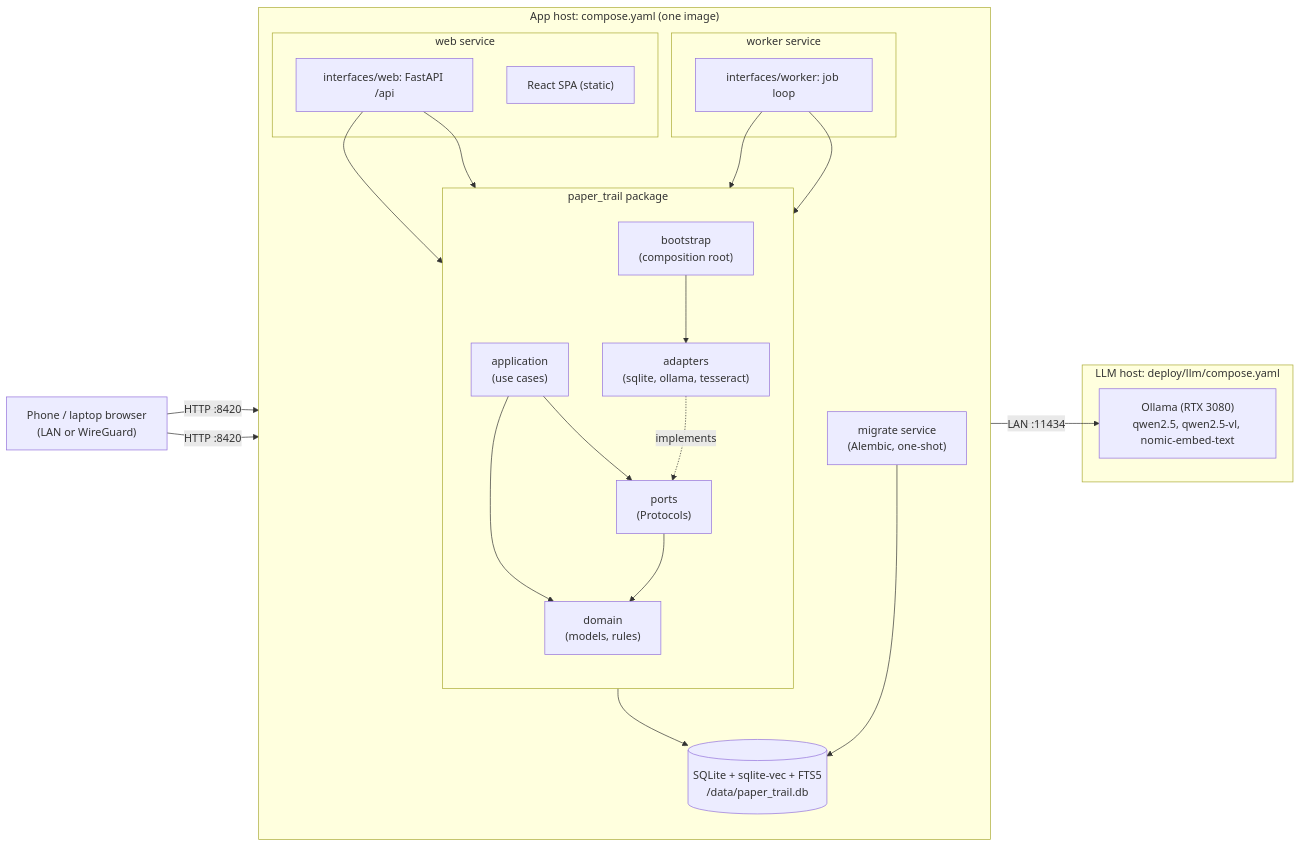
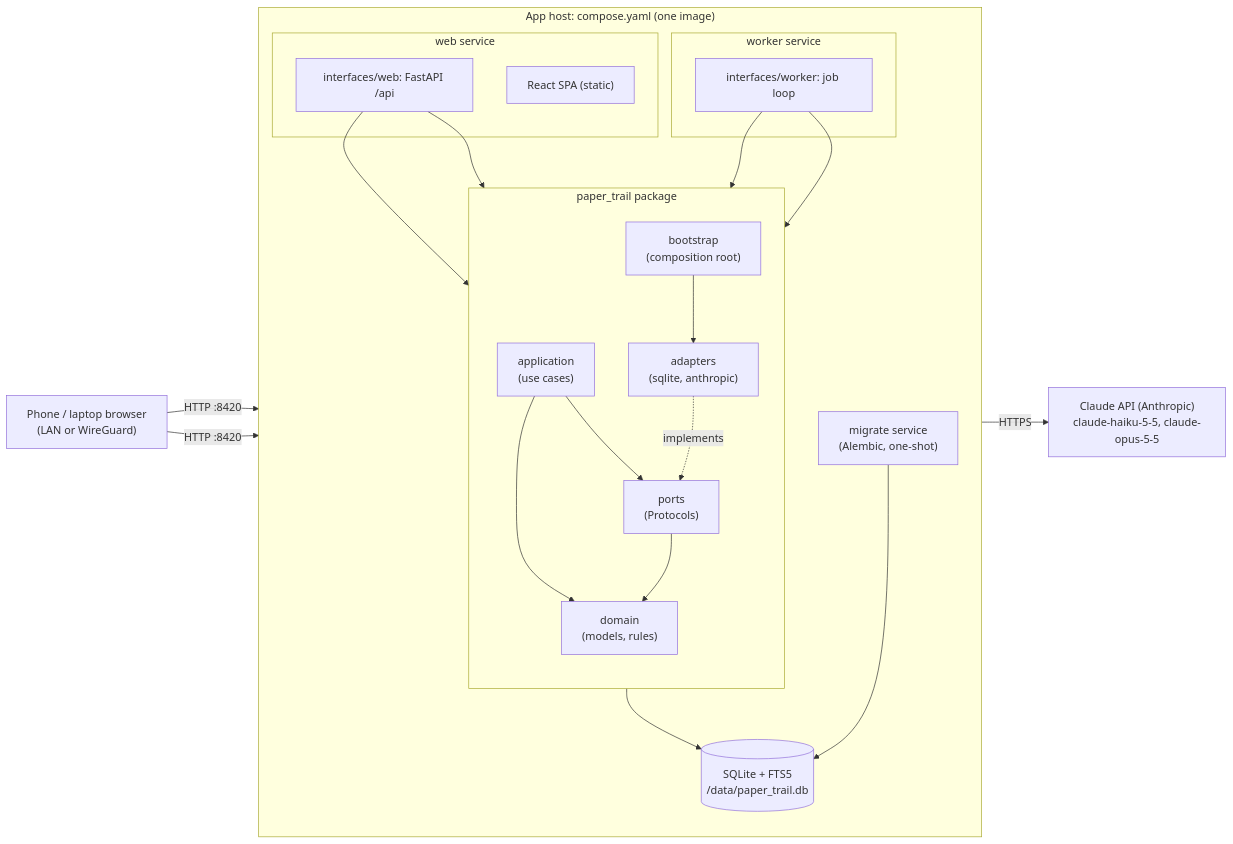
The first of 3 diagrams in README.md (fabioo2/paper-trail), drawn with Mermaid before and after one commit. The commit also changed other lines of this file and 265 other files, not shown here.

````diff
--- a/README.md
+++ b/README.md
@@ -170,44 +99,42 @@
 ```mermaid
 flowchart LR
     phone["Phone / laptop browser<br/>(LAN or WireGuard)"]
 
     subgraph app["App host: compose.yaml (one image)"]
         direction TB
         subgraph web["web service"]
             spa["React SPA (static)"]
             api["interfaces/web: FastAPI /api"]
         end
         subgraph worker["worker service"]
             loop["interfaces/worker: job loop"]
         end
         migrate["migrate service<br/>(Alembic, one-shot)"]
         subgraph core["paper_trail package"]
             direction TB
             bootstrap["bootstrap<br/>(composition root)"]
             application["application<br/>(use cases)"]
             ports["ports<br/>(Protocols)"]
             domain["domain<br/>(models, rules)"]
-            adapters["adapters<br/>(sqlite, ollama, tesseract)"]
+            adapters["adapters<br/>(sqlite, anthropic)"]
         end
-        db[("SQLite + sqlite-vec + FTS5<br/>/data/paper_trail.db")]
+        db[("SQLite + FTS5<br/>/data/paper_trail.db")]
     end
 
-    subgraph llm["LLM host: deploy/llm/compose.yaml"]
-        ollama["Ollama (RTX 3080)<br/>qwen2.5, qwen2.5-vl, nomic-embed-text"]
-    end
+    claude["Claude API (Anthropic)<br/>claude-haiku-5-5, claude-opus-5-5"]
 
     phone -->|HTTP :8420| spa
     phone -->|HTTP :8420| api
     api --> bootstrap
     loop --> bootstrap
     migrate --> db
     bootstrap --> adapters
     api --> application
     loop --> application
     application --> ports
     application --> domain
     ports --> domain
     adapters -. implements .-> ports
     adapters --> db
-    adapters -->|LAN :11434| ollama
+    adapters -->|HTTPS| claude
 ```
````
